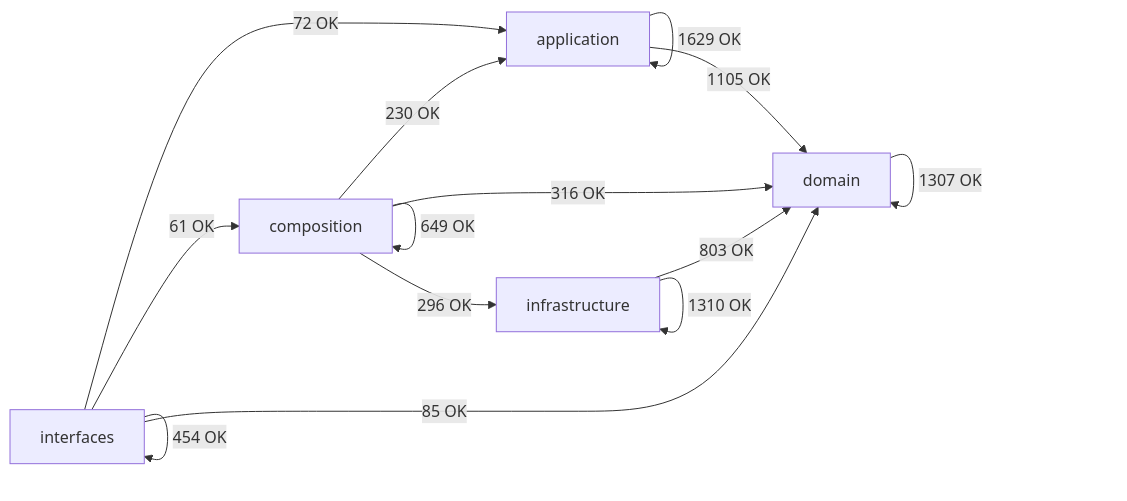
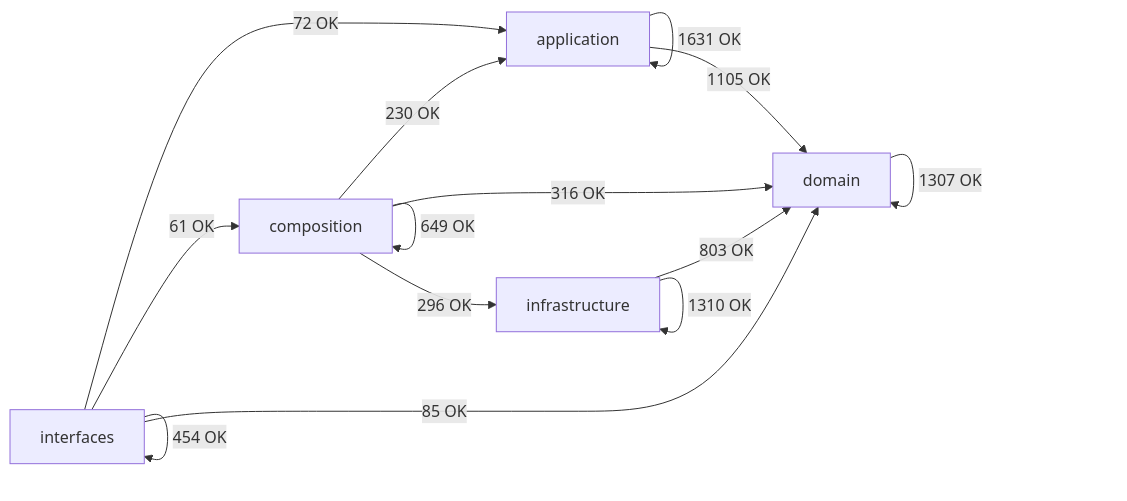
Before and after one commit to SatoryKono/BioactivityDataAcquisition: the diagram in docs/02-architecture/generated/module-dependency-map.md, drawn with Mermaid. The commit also changed other lines of this file and 108 other files, not shown here.

````diff
--- a/docs/02-architecture/generated/module-dependency-map.md
+++ b/docs/02-architecture/generated/module-dependency-map.md
@@ -17,21 +17,21 @@
 ```mermaid
 flowchart LR
     domain[domain]
     application[application]
     infrastructure[infrastructure]
     composition[composition]
     interfaces[interfaces]
-    application -->|1629 OK| application
+    application -->|1631 OK| application
     application -->|1105 OK| domain
     composition -->|230 OK| application
     composition -->|649 OK| composition
     composition -->|316 OK| domain
     composition -->|296 OK| infrastructure
     domain -->|1307 OK| domain
     infrastructure -->|803 OK| domain
     infrastructure -->|1310 OK| infrastructure
     interfaces -->|72 OK| application
     interfaces -->|61 OK| composition
     interfaces -->|85 OK| domain
     interfaces -->|454 OK| interfaces
 ```
````
